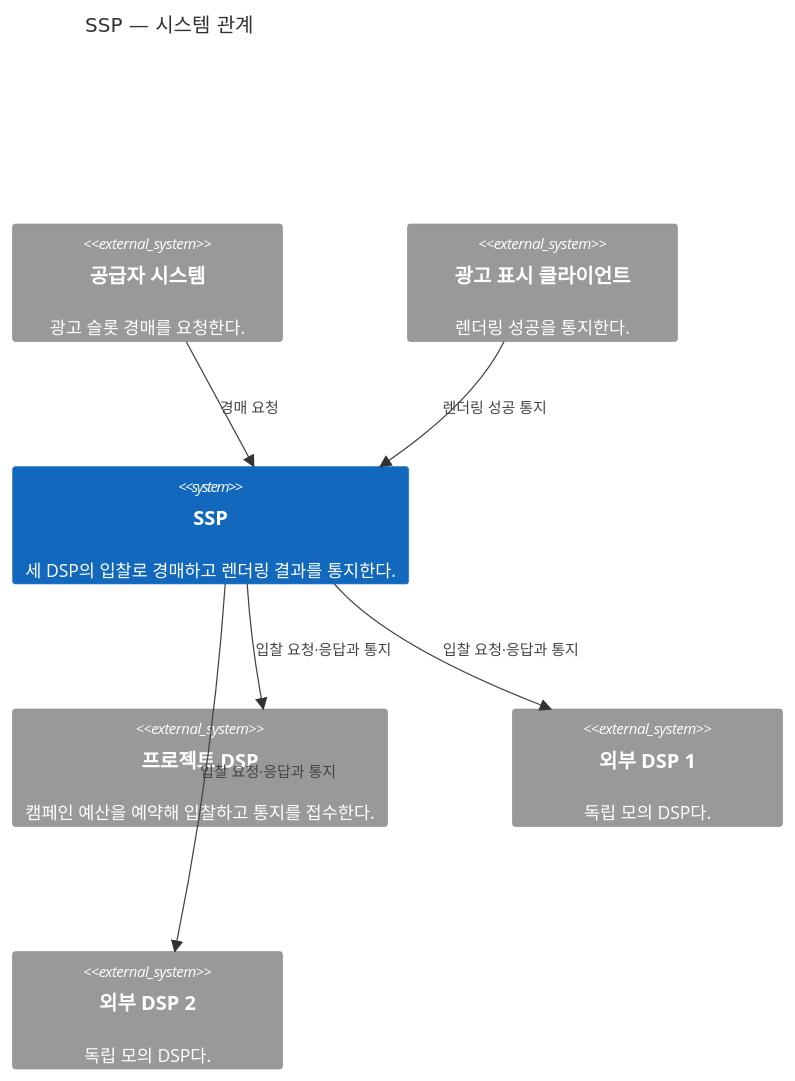
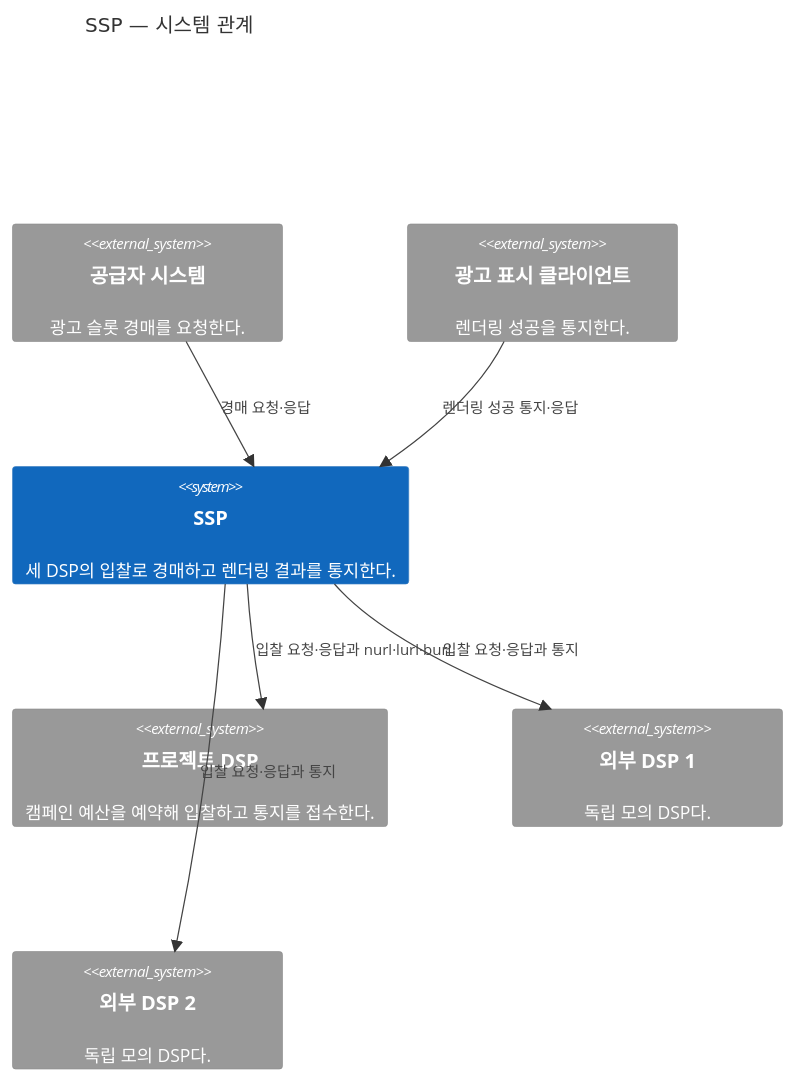
One commit to bbororo5/low-latency-openrtb-auction changed the diagram in docs/architecture/views/ssp-context.md. Above: the diagram before and after it, drawn with Mermaid. The commit also changed 8 other files, not shown here.

````diff
--- a/docs/architecture/views/ssp-context.md
+++ b/docs/architecture/views/ssp-context.md
@@ -5,19 +5,19 @@
 ```mermaid
 C4Context
     title SSP — 시스템 관계
 
     System_Ext(supplier, "공급자 시스템", "광고 슬롯 경매를 요청한다.")
     System_Ext(ad_client, "광고 표시 클라이언트", "렌더링 성공을 통지한다.")
     System(ssp, "SSP", "세 DSP의 입찰로 경매하고 렌더링 결과를 통지한다.")
     System_Ext(project_dsp, "프로젝트 DSP", "캠페인 예산을 예약해 입찰하고 통지를 접수한다.")
     System_Ext(external_dsp_1, "외부 DSP 1", "독립 모의 DSP다.")
     System_Ext(external_dsp_2, "외부 DSP 2", "독립 모의 DSP다.")
 
-    Rel(supplier, ssp, "경매 요청")
-    Rel(ad_client, ssp, "렌더링 성공 통지")
-    Rel(ssp, project_dsp, "입찰 요청·응답과 통지")
+    Rel(supplier, ssp, "경매 요청·응답")
+    Rel(ad_client, ssp, "렌더링 성공 통지·응답")
+    Rel(ssp, project_dsp, "입찰 요청·응답과 nurl·lurl·burl")
     Rel(ssp, external_dsp_1, "입찰 요청·응답과 통지")
     Rel(ssp, external_dsp_2, "입찰 요청·응답과 통지")
 
     UpdateLayoutConfig($c4ShapeInRow="3", $c4BoundaryInRow="1")
 ```
````
